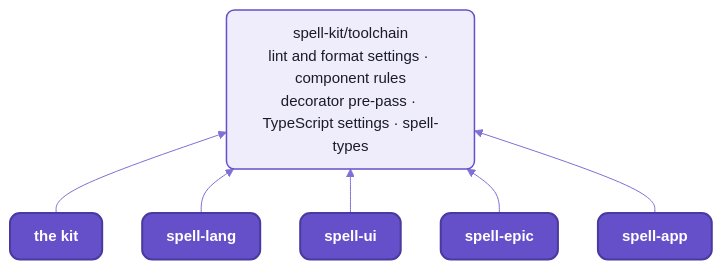
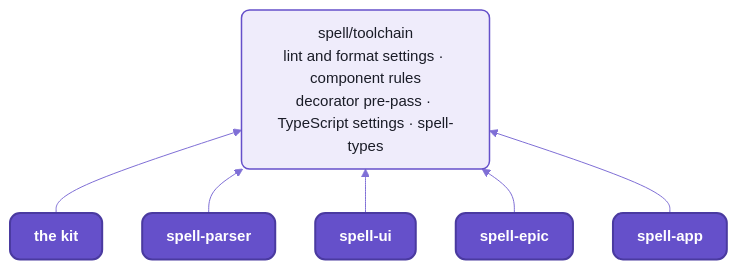
The first of 2 diagrams in README-toolchain.md (spell-app/spell), drawn with Mermaid before and after one commit. The commit also changed other lines of this file and 225 other files, not shown here.

````diff
--- a/README-toolchain.md
+++ b/README-toolchain.md
@@ -53,14 +53,14 @@
 ```mermaid
 %%{init: {"theme":"base","themeVariables":{"fontFamily":"-apple-system, BlinkMacSystemFont, Segoe UI, Helvetica, Arial, sans-serif","fontSize":"15px","primaryColor":"#EFECFB","primaryBorderColor":"#6550CA","primaryTextColor":"#1A1C27","secondaryColor":"#F4F1E9","tertiaryColor":"#F7F6FC","lineColor":"#7F6FD6","textColor":"#7F6FD6","clusterBkg":"#F7F6FC","clusterBorder":"#B9B0E8","titleColor":"#1A1C27","edgeLabelBackground":"#F7F6FC","actorBkg":"#EFECFB","actorBorder":"#6550CA","actorTextColor":"#1A1C27","actorLineColor":"#9C90DE","signalColor":"#7F6FD6","signalTextColor":"#7F6FD6","labelBoxBkgColor":"#EFECFB","labelBoxBorderColor":"#6550CA","labelTextColor":"#1A1C27","loopTextColor":"#7F6FD6","noteBkgColor":"#F1E7D4","noteBorderColor":"#C9B48A","noteTextColor":"#1A1C27","activationBkgColor":"#DCD6F7","activationBorderColor":"#6550CA","sequenceNumberColor":"#FFFFFF"},"flowchart":{"curve":"basis","padding":12,"nodeSpacing":40,"rankSpacing":44}}}%%
 flowchart BT
-  toolchain["spell-kit/toolchain<br/>lint and format settings · component rules<br/>decorator pre-pass · TypeScript settings · spell-types"]
+  toolchain["spell/toolchain<br/>lint and format settings · component rules<br/>decorator pre-pass · TypeScript settings · spell-types"]
   kit["the kit"] --> toolchain
-  lang["spell-lang"] --> toolchain
+  lang["spell-parser"] --> toolchain
   ui["spell-ui"] --> toolchain
   epic["spell-epic"] --> toolchain
   app["spell-app"] --> toolchain
   %% the Spell look:  yarn mermaid:pretty
   classDef default fill:#EFECFB,stroke:#6550CA,stroke-width:1.5px,color:#1A1C27,rx:8px,ry:8px
   classDef repo fill:#6550CA,stroke:#4A3AA0,stroke-width:2px,color:#FFFFFF,rx:10px,ry:10px,font-weight:600
   class kit,lang,ui,epic,app repo
 ```
````
